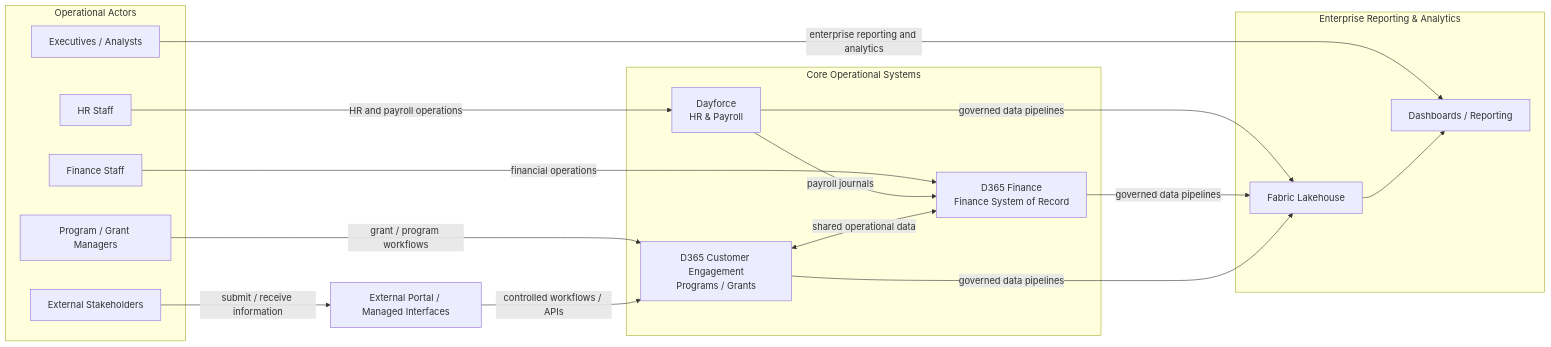
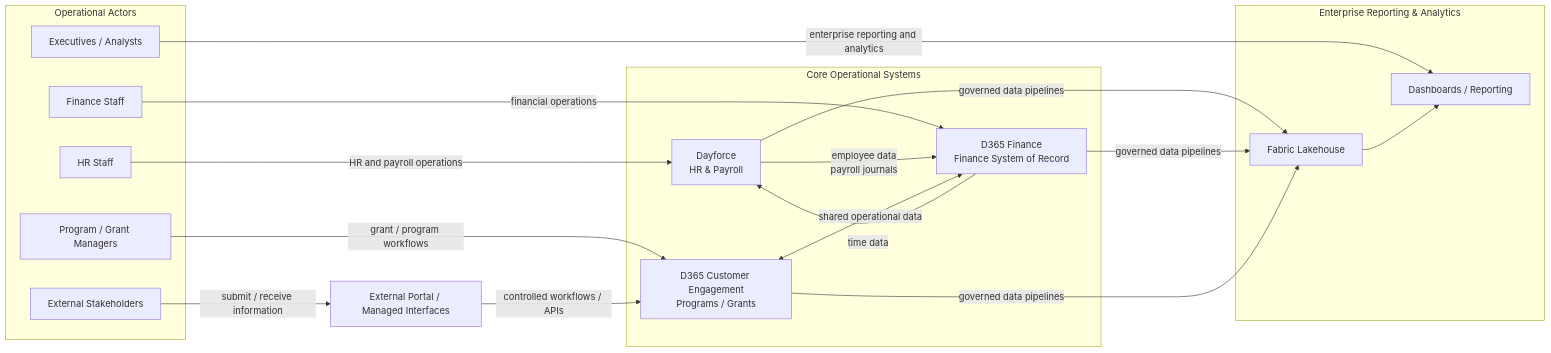
Before and after one commit to stimm-solutionstreet/AIR: diagram 13 of 13 in README.md, drawn with Mermaid.

Commit message:
clarified the sync between D365F and DF in OV-1

````diff
--- a/README.md
+++ b/README.md
@@ -646,47 +646,48 @@
 ```mermaid
 flowchart LR
     %% Actors
     subgraph A[Operational Actors]
         HR[HR Staff]
         FIN[Finance Staff]
         PM[Program / Grant Managers]
         EX[Executives / Analysts]
         EXT[External Stakeholders]
     end
 
     %% Core operational systems
     subgraph O[Core Operational Systems]
         DF[Dayforce<br/>HR & Payroll]
         D365F[D365 Finance<br/>Finance System of Record]
         D365CE[D365 Customer Engagement<br/>Programs / Grants]
     end
 
     %% Mediated external access
     PORTAL[External Portal / Managed Interfaces]
 
     %% Enterprise analytics
     subgraph D[Enterprise Reporting & Analytics]
         FAB[Fabric Lakehouse]
         BI[Dashboards / Reporting]
     end
 
     %% Core operational use
     HR -->|HR and payroll operations| DF
     FIN -->|financial operations| D365F
     PM -->|grant / program workflows| D365CE
     EX -->|enterprise reporting and analytics| BI
 
     %% Key operational exchanges
-    DF -->|payroll journals| D365F
+    DF -->|employee data<br/>payroll journals| D365F
+    D365F -->|time data| DF
     D365CE <--> |shared operational data| D365F
 
     %% Analytics pattern
     DF -->|governed data pipelines| FAB
     D365F -->|governed data pipelines| FAB
     D365CE -->|governed data pipelines| FAB
     FAB --> BI
 
     %% External access pattern
     EXT -->|submit / receive information| PORTAL
     PORTAL -->|controlled workflows / APIs| D365CE
 ```
````
